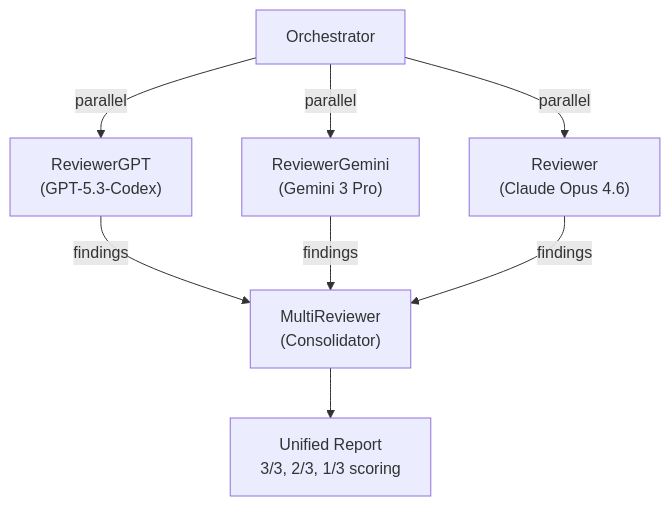
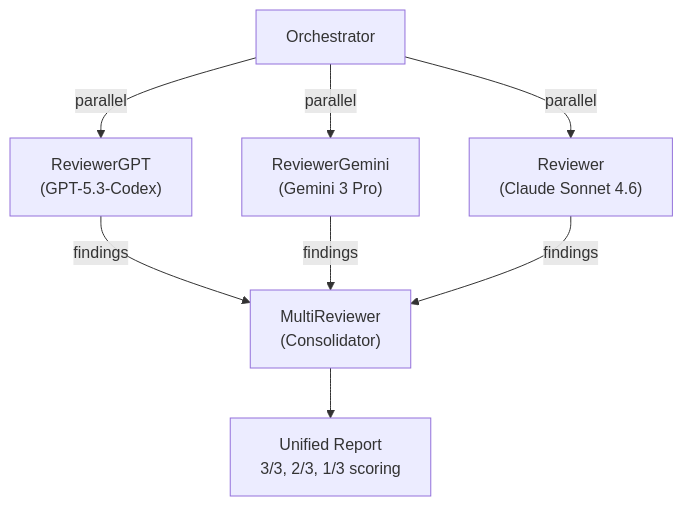
The first of 2 diagrams in README.md (franklinnevesfilho/booking-solutions), drawn with Mermaid before and after one commit. The commit also changed other lines of this file and 41 other files, not shown here.

````diff
--- a/README.md
+++ b/README.md
@@ -85,11 +122,11 @@
 ```mermaid
 flowchart TD
     O["Orchestrator"]
-    O -->|"parallel"| R1["ReviewerGPT\n(GPT-5.3-Codex)"]
-    O -->|"parallel"| R2["ReviewerGemini\n(Gemini 3 Pro)"]
-    O -->|"parallel"| R3["Reviewer\n(Claude Opus 4.6)"]
-    R1 -->|"findings"| MR["MultiReviewer\n(Consolidator)"]
+    O -->|"parallel"| R1["ReviewerGPT<br/>(GPT-5.3-Codex)"]
+    O -->|"parallel"| R2["ReviewerGemini<br/>(Gemini 3 Pro)"]
+    O -->|"parallel"| R3["Reviewer<br/>(Claude Sonnet 4.6)"]
+    R1 -->|"findings"| MR["MultiReviewer<br/>(Consolidator)"]
     R2 -->|"findings"| MR
     R3 -->|"findings"| MR
-    MR --> OUT["Unified Report\n3/3, 2/3, 1/3 scoring"]
+    MR --> OUT["Unified Report<br/>3/3, 2/3, 1/3 scoring"]
 ```
````
